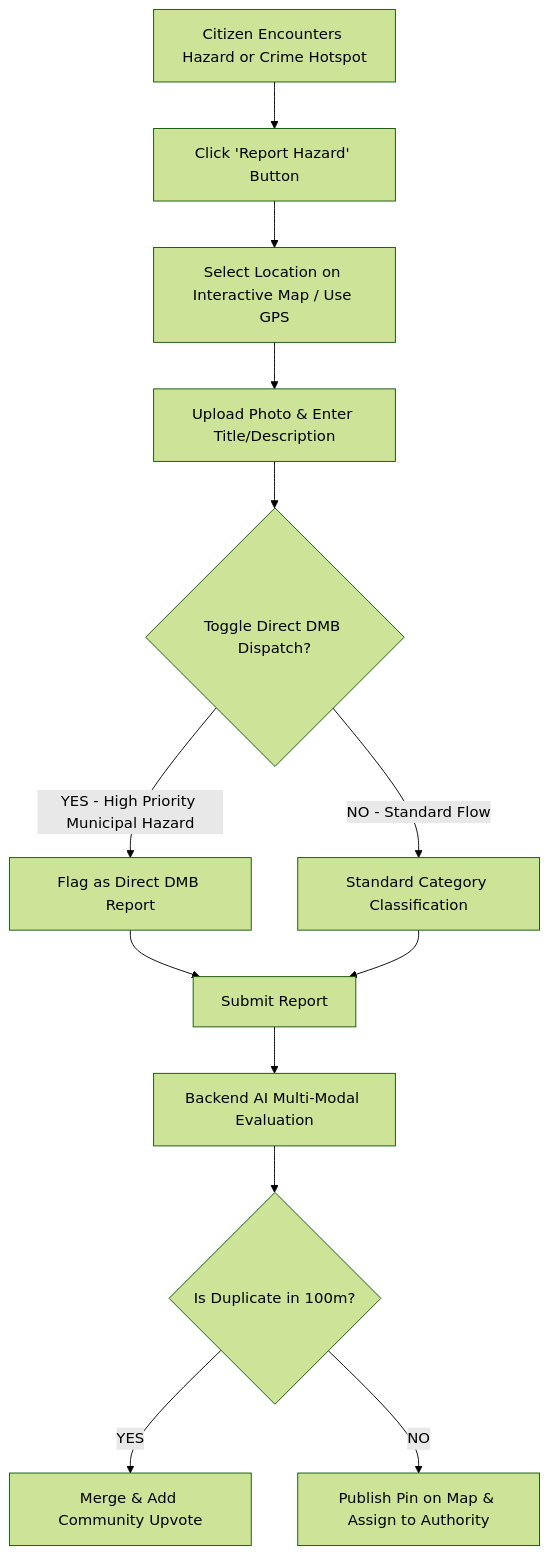
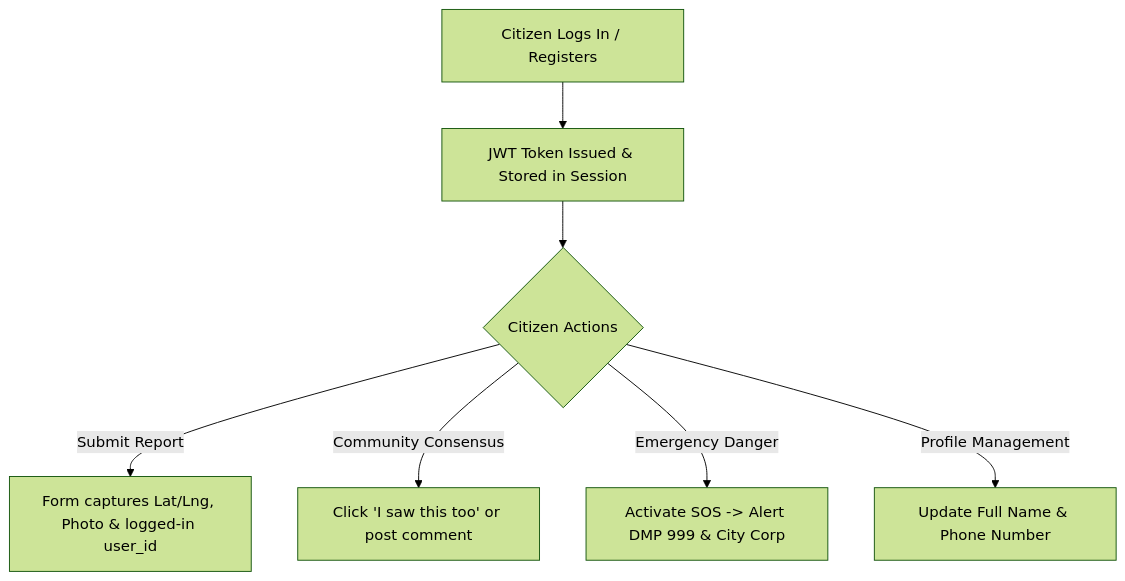
One commit to meherabhossainmmh-lang/Trojan_Horse changed the second of 4 diagrams in docs/USER_FLOW.md. Above: the diagram before and after it, drawn with Mermaid (forest theme). The commit also changed other lines of this file and 84 other files, not shown here.

Commit message:
refactor: shape project structure according to official readme specification with full nextjs server actions and drizzle stack

````diff
--- a/docs/USER_FLOW.md
+++ b/docs/USER_FLOW.md
@@ -24,15 +22,9 @@
 ```mermaid
 graph TD
-    A[Citizen Encounters Hazard or Crime Hotspot] --> B[Click 'Report Hazard' Button]
-    B --> C[Select Location on Interactive Map / Use GPS]
-    C --> D[Upload Photo & Enter Title/Description]
-    D --> E{Toggle Direct DMB Dispatch?}
-    E -->|YES - High Priority Municipal Hazard| F[Flag as Direct DMB Report]
-    E -->|NO - Standard Flow| G[Standard Category Classification]
-    F --> H[Submit Report]
-    G --> H
-    H --> I[Backend AI Multi-Modal Evaluation]
-    I --> J{Is Duplicate in 100m?}
-    J -->|YES| K[Merge & Add Community Upvote]
-    J -->|NO| L[Publish Pin on Map & Assign to Authority]
+    A[Citizen Logs In / Registers] --> B[JWT Token Issued & Stored in Session]
+    B --> C{Citizen Actions}
+    C -->|Submit Report| D[Form captures Lat/Lng, Photo & logged-in user_id]
+    C -->|Community Consensus| E[Click 'I saw this too' or post comment]
+    C -->|Emergency Danger| F[Activate SOS -> Alert DMP 999 & City Corp]
+    C -->|Profile Management| G[Update Full Name & Phone Number]
 ```
````
